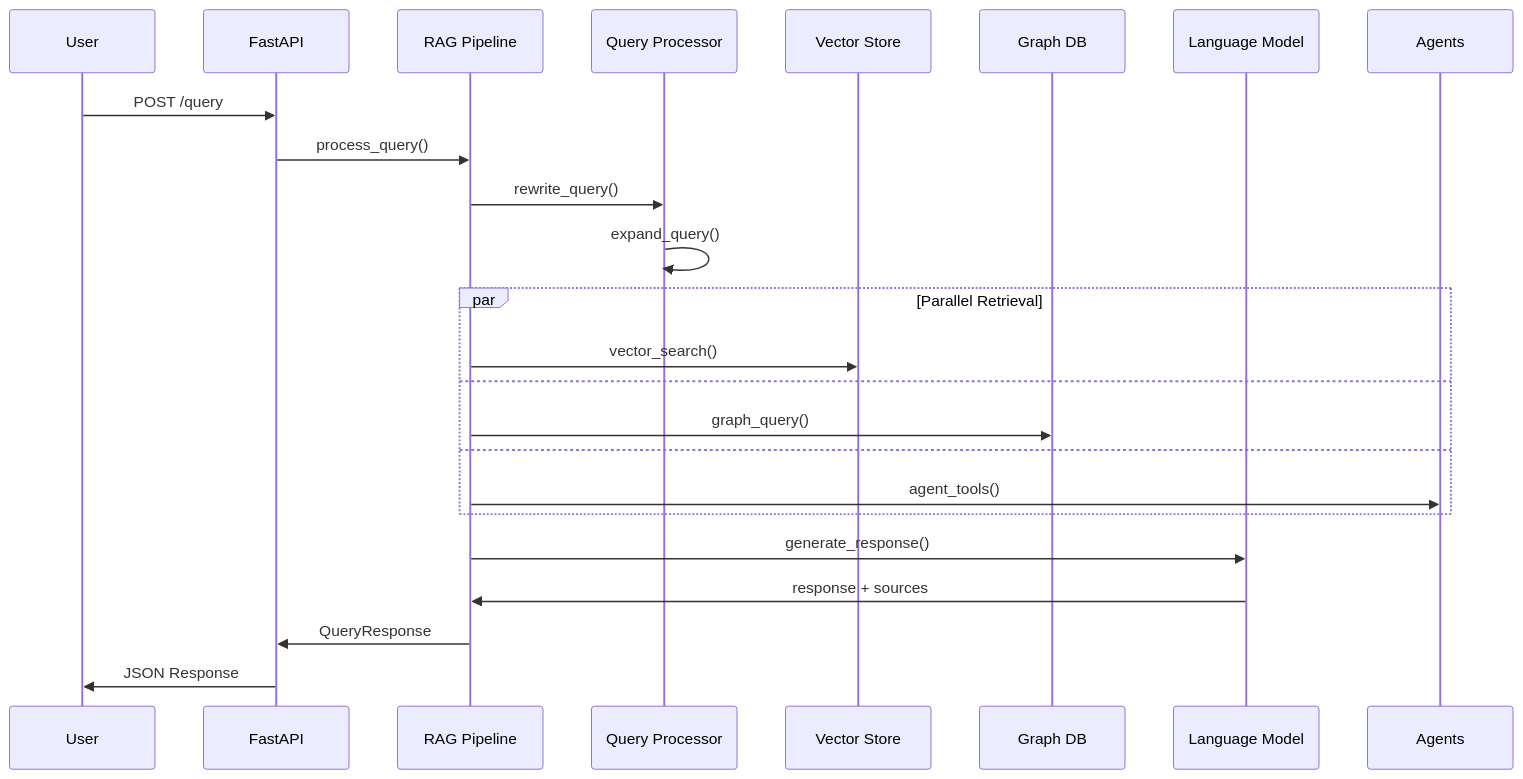
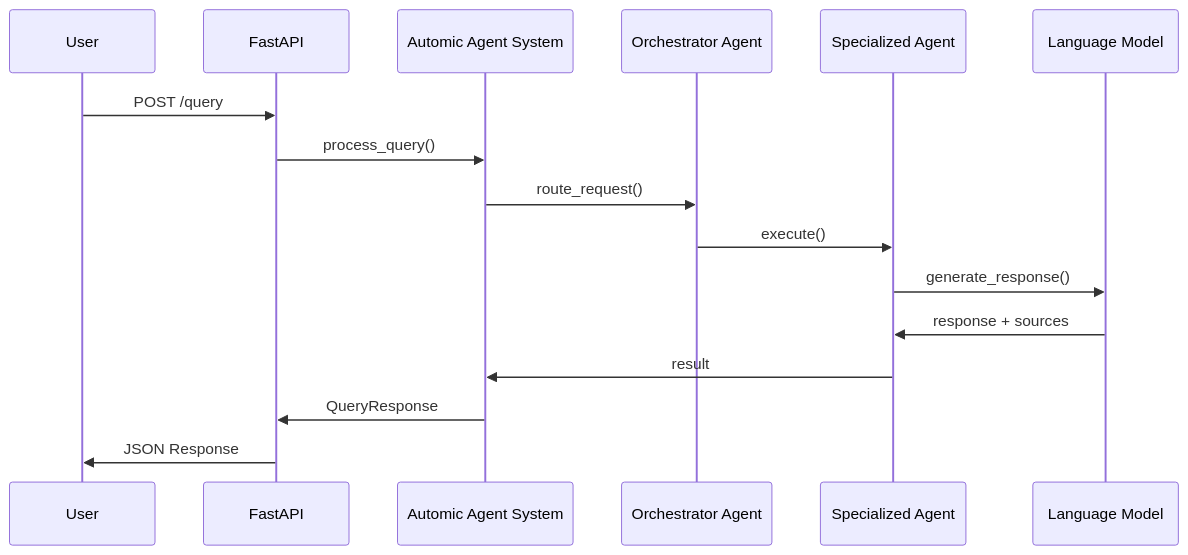
One commit to Hieu-vn/ERP-multimodal-llm changed the second of 2 diagrams in docs/ARCHITECTURE.md. Above: the diagram before and after it, drawn with Mermaid. The commit also changed other lines of this file and 29 other files, not shown here.

````diff
--- a/docs/ARCHITECTURE.md
+++ b/docs/ARCHITECTURE.md
@@ -69,26 +71,18 @@
 ```mermaid
 sequenceDiagram
     participant U as User
     participant API as FastAPI
-    participant RAG as RAG Pipeline
-    participant QP as Query Processor
-    participant VS as Vector Store
-    participant GDB as Graph DB
+    participant MainSystem as Automic Agent System
+    participant Orchestrator as Orchestrator Agent
+    participant Agent as Specialized Agent
     participant LLM as Language Model
-    participant A as Agents
     U->>API: POST /query
-    API->>RAG: process_query()
-    RAG->>QP: rewrite_query()
-    QP->>QP: expand_query()
-    par Parallel Retrieval
-        RAG->>VS: vector_search()
-        and
-        RAG->>GDB: graph_query()
-        and
-        RAG->>A: agent_tools()
-    end
-    RAG->>LLM: generate_response()
-    LLM->>RAG: response + sources
-    RAG->>API: QueryResponse
+    API->>MainSystem: process_query()
+    MainSystem->>Orchestrator: route_request()
+    Orchestrator->>Agent: execute()
+    Agent->>LLM: generate_response()
+    LLM->>Agent: response + sources
+    Agent->>MainSystem: result
+    MainSystem->>API: QueryResponse
     API->>U: JSON Response
 ```
````
